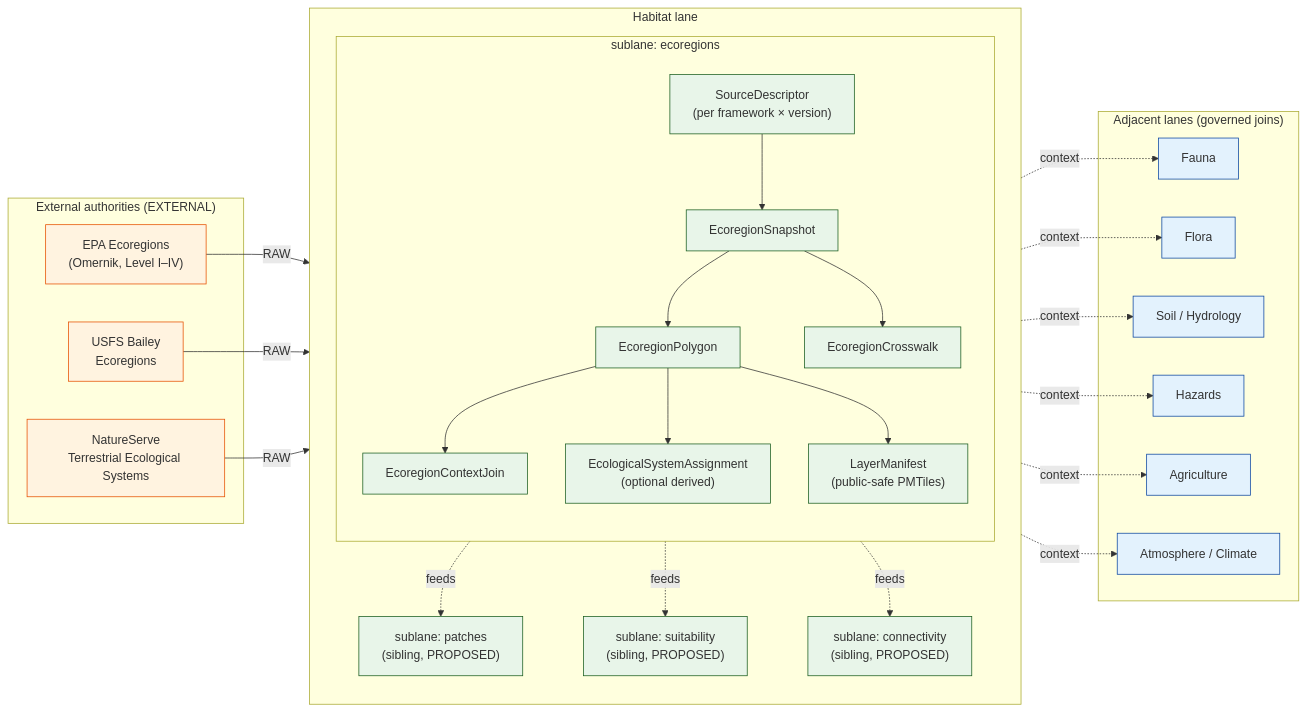
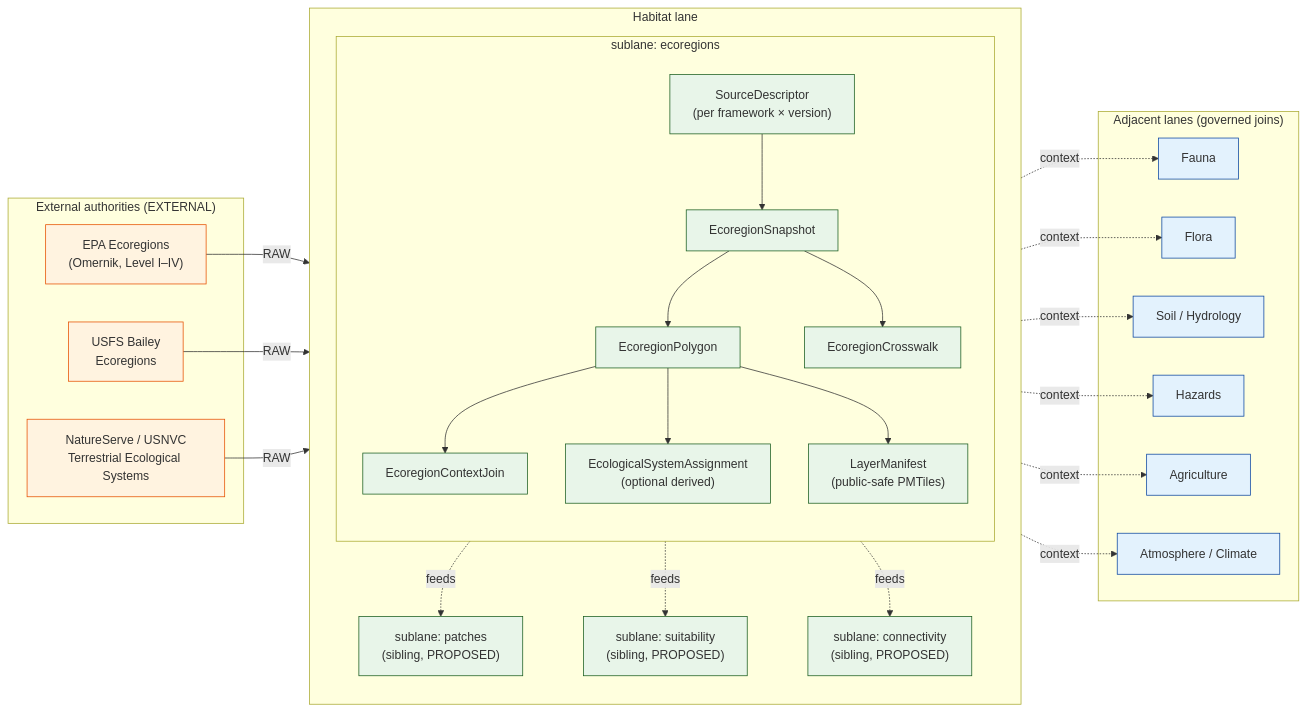
Before and after one commit to bartytime4life/Kansas-Frontier-Matrix: the diagram in docs/domains/habitat/sublanes/ecoregions.md, drawn with Mermaid. The commit also changed other lines of this file, not shown here.

````diff
--- a/docs/domains/habitat/sublanes/ecoregions.md
+++ b/docs/domains/habitat/sublanes/ecoregions.md
@@ -207,63 +217,63 @@
 ```mermaid
 flowchart LR
   subgraph EXT["External authorities (EXTERNAL)"]
     EPA["EPA Ecoregions<br/>(Omernik, Level I–IV)"]
     BAI["USFS Bailey<br/>Ecoregions"]
-    NS["NatureServe<br/>Terrestrial Ecological Systems"]
+    NS["NatureServe / USNVC<br/>Terrestrial Ecological Systems"]
   end
 
   subgraph HAB["Habitat lane"]
     direction TB
     subgraph ECO["sublane: ecoregions"]
       direction TB
       SD["SourceDescriptor<br/>(per framework × version)"]
       SNAP["EcoregionSnapshot"]
       POLY["EcoregionPolygon"]
       XW["EcoregionCrosswalk"]
       JOIN["EcoregionContextJoin"]
       ASGN["EcologicalSystemAssignment<br/>(optional derived)"]
       LM["LayerManifest<br/>(public-safe PMTiles)"]
     end
     PATCH["sublane: patches<br/>(sibling, PROPOSED)"]
     SUIT["sublane: suitability<br/>(sibling, PROPOSED)"]
     CONN["sublane: connectivity<br/>(sibling, PROPOSED)"]
   end
 
   subgraph ADJ["Adjacent lanes (governed joins)"]
     FAU["Fauna"]
     FLO["Flora"]
     HYD["Soil / Hydrology"]
     HAZ["Hazards"]
     AG["Agriculture"]
     AIR["Atmosphere / Climate"]
   end
 
   EPA -->|RAW| SD
   BAI -->|RAW| SD
   NS  -->|RAW| SD
 
   SD --> SNAP
   SNAP --> POLY
   SNAP --> XW
   POLY --> JOIN
   POLY --> ASGN
   POLY --> LM
 
   JOIN -.context.-> FAU
   JOIN -.context.-> FLO
   JOIN -.context.-> HYD
   JOIN -.context.-> HAZ
   JOIN -.context.-> AG
   JOIN -.context.-> AIR
 
   ASGN -.feeds.-> PATCH
   ASGN -.feeds.-> SUIT
   ASGN -.feeds.-> CONN
 
   classDef ext fill:#fff3e0,stroke:#e65100;
   classDef sub fill:#e8f5e9,stroke:#1b5e20;
   classDef adj fill:#e3f2fd,stroke:#0d47a1;
   class EPA,BAI,NS ext;
   class SD,SNAP,POLY,XW,JOIN,ASGN,LM,PATCH,SUIT,CONN sub;
   class FAU,FLO,HYD,HAZ,AG,AIR adj;
 ```
````
